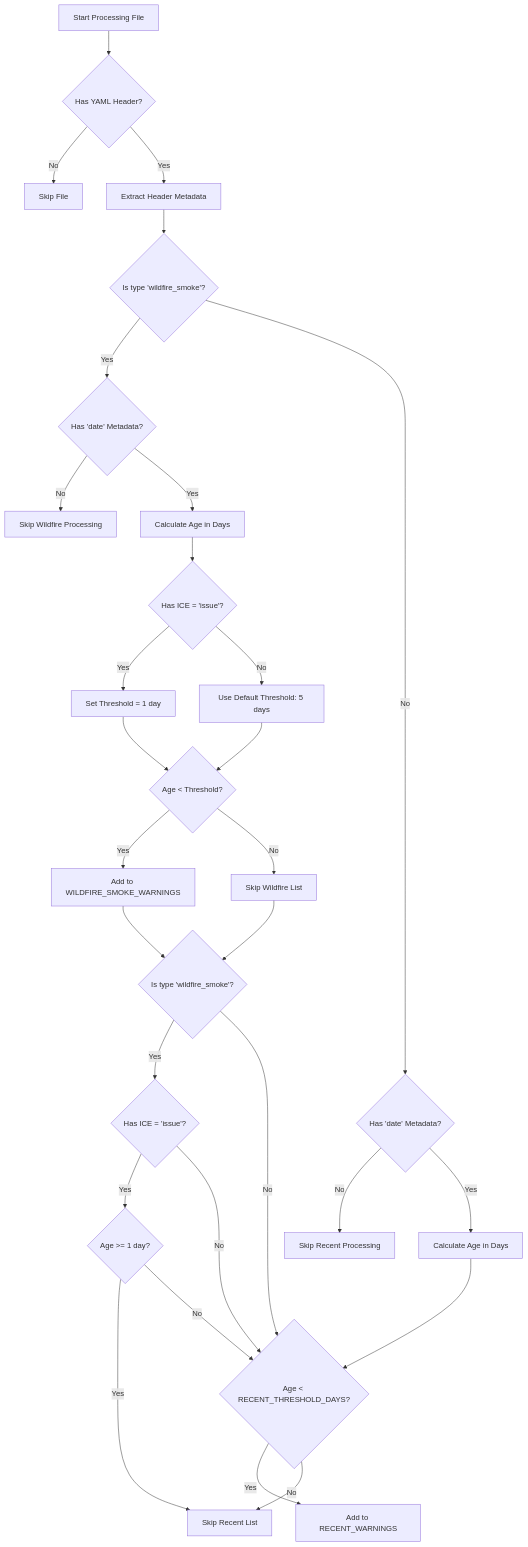
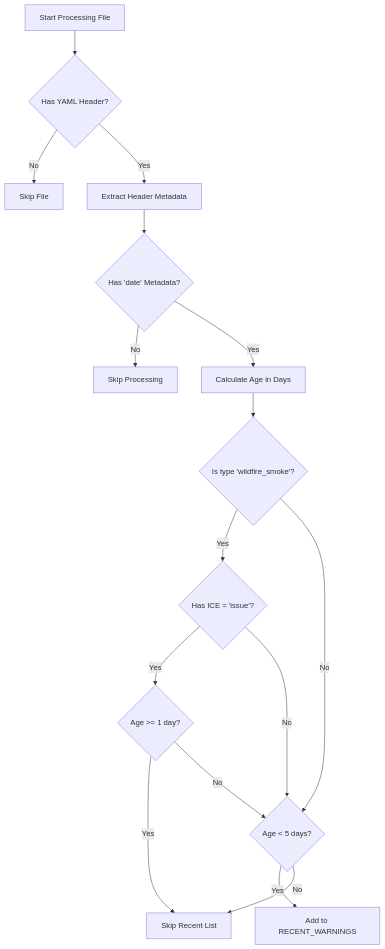
Before and after one commit to bcgov/nr-epd-aq-statements: the diagram in doc/WARNING_SELECTION_LOGIC.md, drawn with Mermaid. The commit also changed other lines of this file and 1 other file, not shown here.

Commit message:
task: Remove wildfire warnings file generation.

````diff
--- a/doc/WARNING_SELECTION_LOGIC.md
+++ b/doc/WARNING_SELECTION_LOGIC.md
@@ -27,44 +24,27 @@
 ```mermaid
 flowchart TD
     A[Start Processing File] --> B{Has YAML Header?}
     B -->|No| Z[Skip File]
     B -->|Yes| C[Extract Header Metadata]
     
-    C --> F1{Is type 'wildfire_smoke'?}
-    F1 -->|Yes| D1{Has 'date' Metadata?}
-    F1 -->|No| D2{Has 'date' Metadata?}
+    C --> D{Has 'date' Metadata?}
     
-    D1 -->|No| Z2[Skip Wildfire Processing]
-    D1 -->|Yes| E1[Calculate Age in Days]
+    D -->|No| Z4[Skip Processing]
+    D -->|Yes| E[Calculate Age in Days]
     
-    E1 --> G{Has ICE = 'issue'?}
+    E --> F{Is type 'wildfire_smoke'?}
     
-    G -->|Yes| H[Set Threshold = 1 day]
-    G -->|No| I[Use Default Threshold: 5 days]
+    F -->|Yes| G{Has ICE = 'issue'?}
+    F -->|No| J
     
-    H --> K{Age < Threshold?}
-    I --> K
+    G -->|Yes| H{Age >= 1 day?}
+    G -->|No| J
     
-    K -->|Yes| L[Add to WILDFIRE_SMOKE_WARNINGS]
-    K -->|No| Z3[Skip Wildfire List]
+    H -->|Yes| O[Skip Recent List]
+    H -->|No| J
     
-    D2 -->|No| Z4[Skip Recent Processing]
-    D2 -->|Yes| E2[Calculate Age in Days]
-    
-    E2 --> J{Age < RECENT_THRESHOLD_DAYS?}
-    
-    L --> R{Is type 'wildfire_smoke'?}
-    Z3 --> R
-    
-    R -->|Yes| S{Has ICE = 'issue'?}
-    R -->|No| J
-    
-    S -->|Yes| T{Age >= 1 day?}
-    S -->|No| J
-    
-    T -->|Yes| O[Skip Recent List]
-    T -->|No| J
+    J{Age < 5 days?}
     
     J -->|Yes| N[Add to RECENT_WARNINGS]
-    J -->|No| O
+    J -->|No| O[Skip Recent List]
 ```
````
